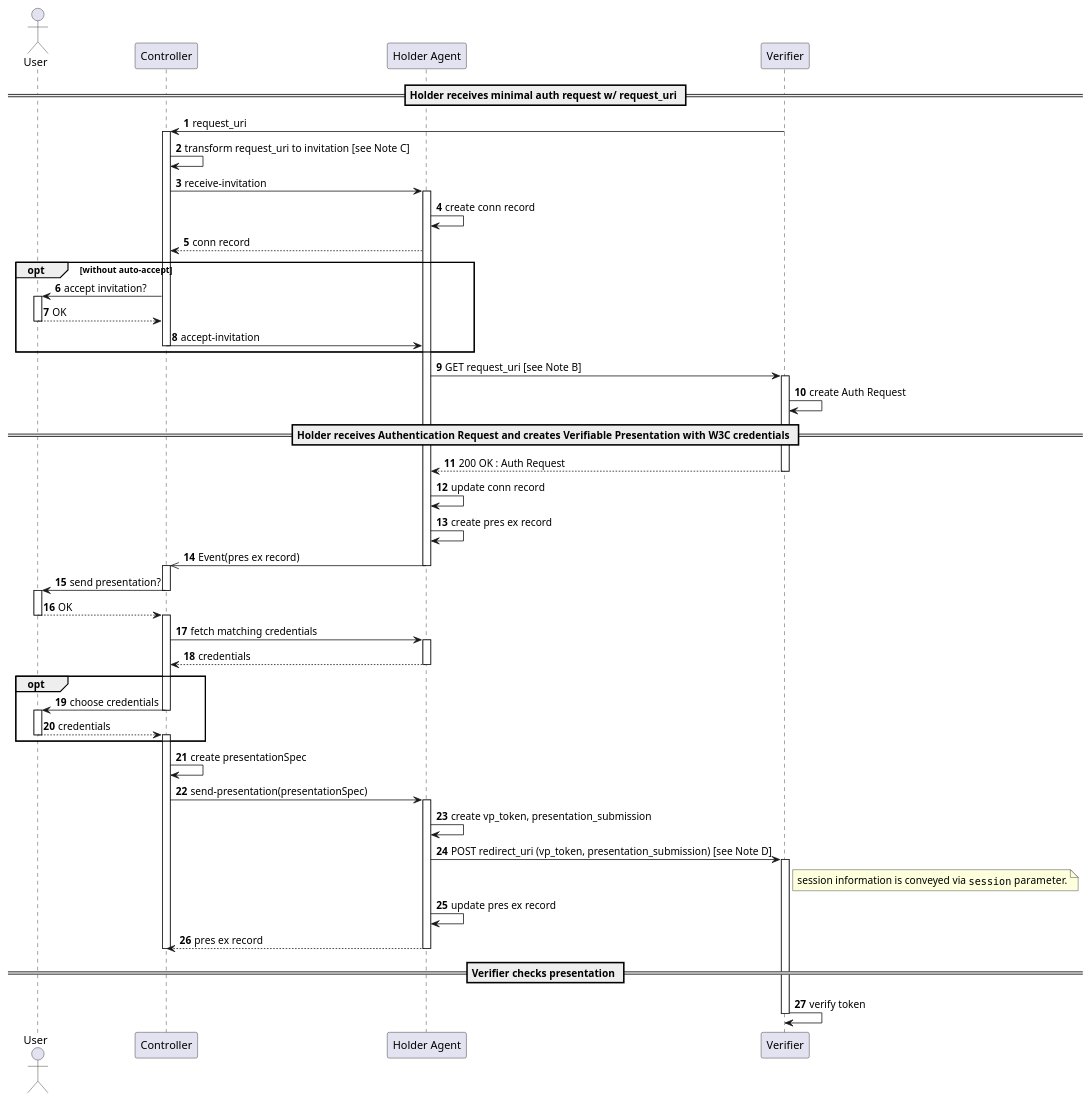
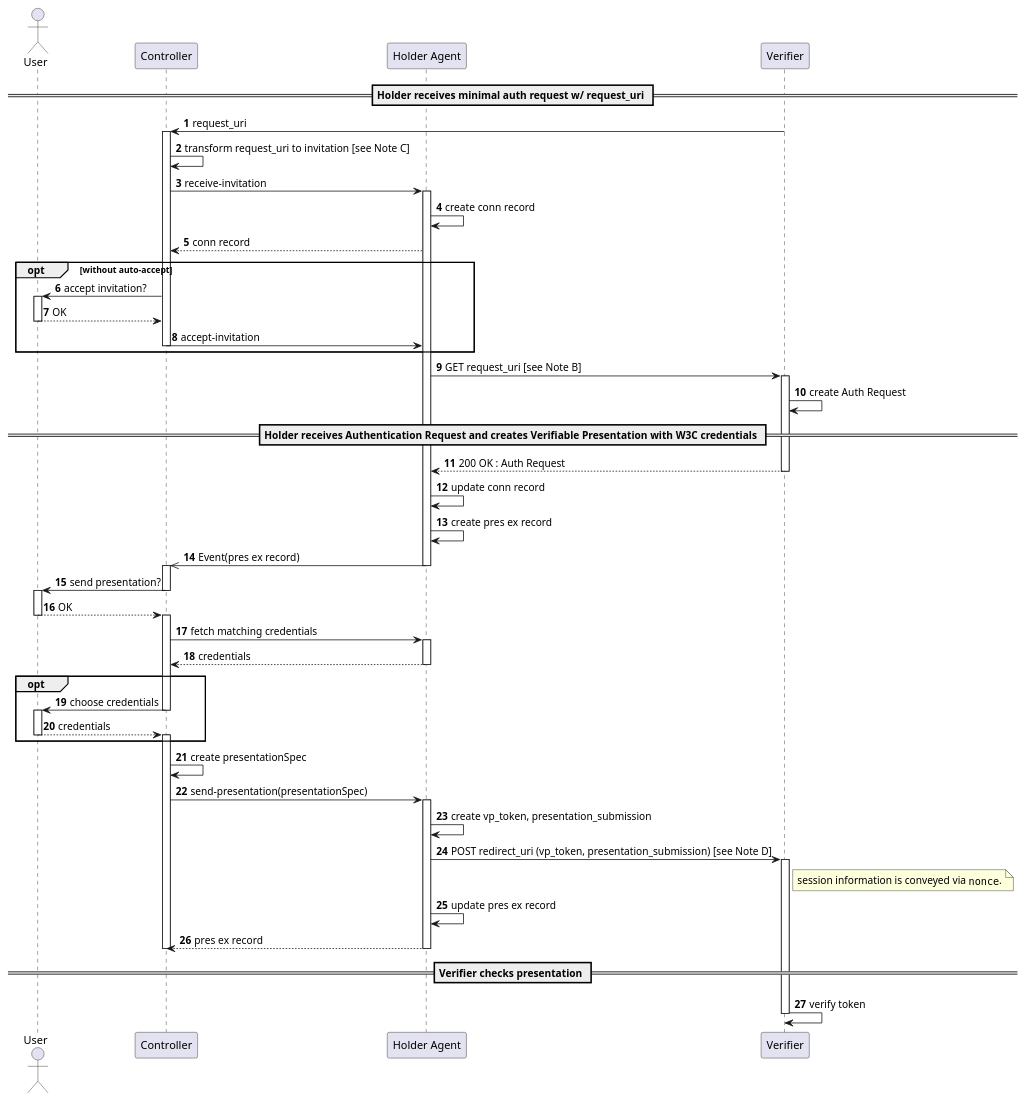
Before and after one commit to gematik/poc-fue-presentationExchangeOverHttp: the diagram in OIDC4VP_short.adoc, drawn with PlantUML.

Commit message:
use nonce to correlate auth request & response

```diff
--- a/OIDC4VP_short.adoc
+++ b/OIDC4VP_short.adoc
@@ -72,7 +72,7 @@
 activate HolderAgent
 HolderAgent -> HolderAgent : create vp_token, presentation_submission
 HolderAgent ->  Verifier : POST redirect_uri (vp_token, presentation_submission) [see Note D]
-note right of Verifier : session information is conveyed via ""session"" parameter.
+note right of Verifier : session information is conveyed via ""nonce"".
 activate Verifier
 HolderAgent -> HolderAgent : update pres ex record
 Controller  <-- HolderAgent : pres ex record
```
